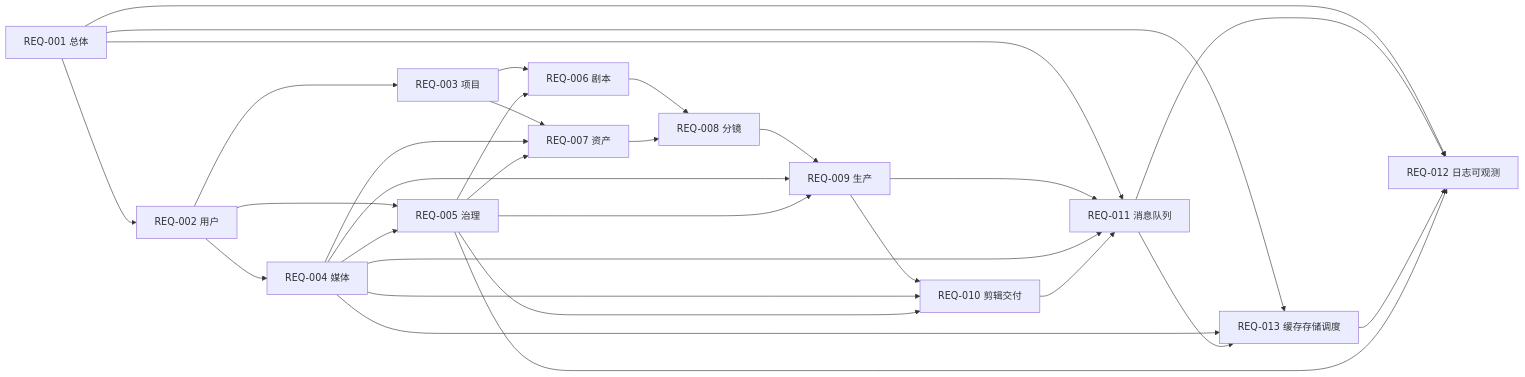
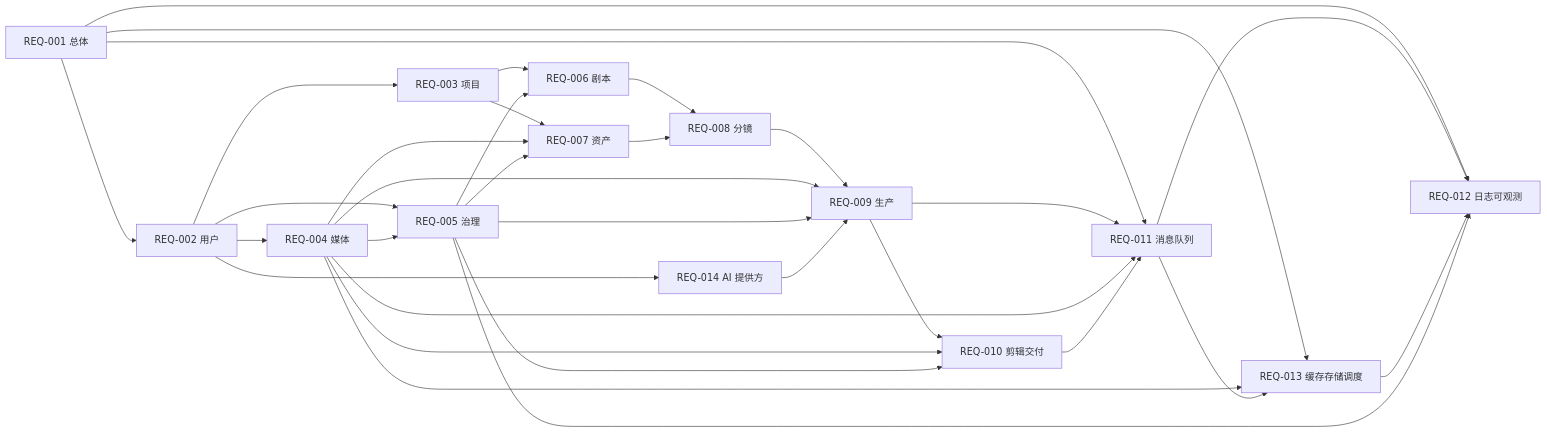
The diagram in docs/requirement/README.md (StephenQiu30/lanverse), drawn with Mermaid before and after one commit. The commit also changed other lines of this file and 13 other files, not shown here.

````diff
--- a/docs/requirement/README.md
+++ b/docs/requirement/README.md
@@ -31,28 +32,30 @@
 ```mermaid
 flowchart LR
     O[REQ-001 总体] --> I[REQ-002 用户]
     I --> P[REQ-003 项目] & M[REQ-004 媒体] & G[REQ-005 治理]
     M --> G
     P --> S[REQ-006 剧本] & A[REQ-007 资产]
     M --> A
     G --> S & A
     S --> B[REQ-008 分镜]
     A --> B
     B --> R[REQ-009 生产]
     M --> R
     G --> R
+    I --> C[REQ-014 AI 提供方]
+    C --> R
     R --> E[REQ-010 剪辑交付]
     M --> E
     G --> E
     O --> Q
     R --> Q[REQ-011 消息队列]
     M --> Q
     E --> Q
     O --> F
     M --> F
     Q --> F[REQ-013 缓存存储调度]
     O --> L
     Q --> L[REQ-012 日志可观测]
     F --> L
     G --> L
 ```
````
